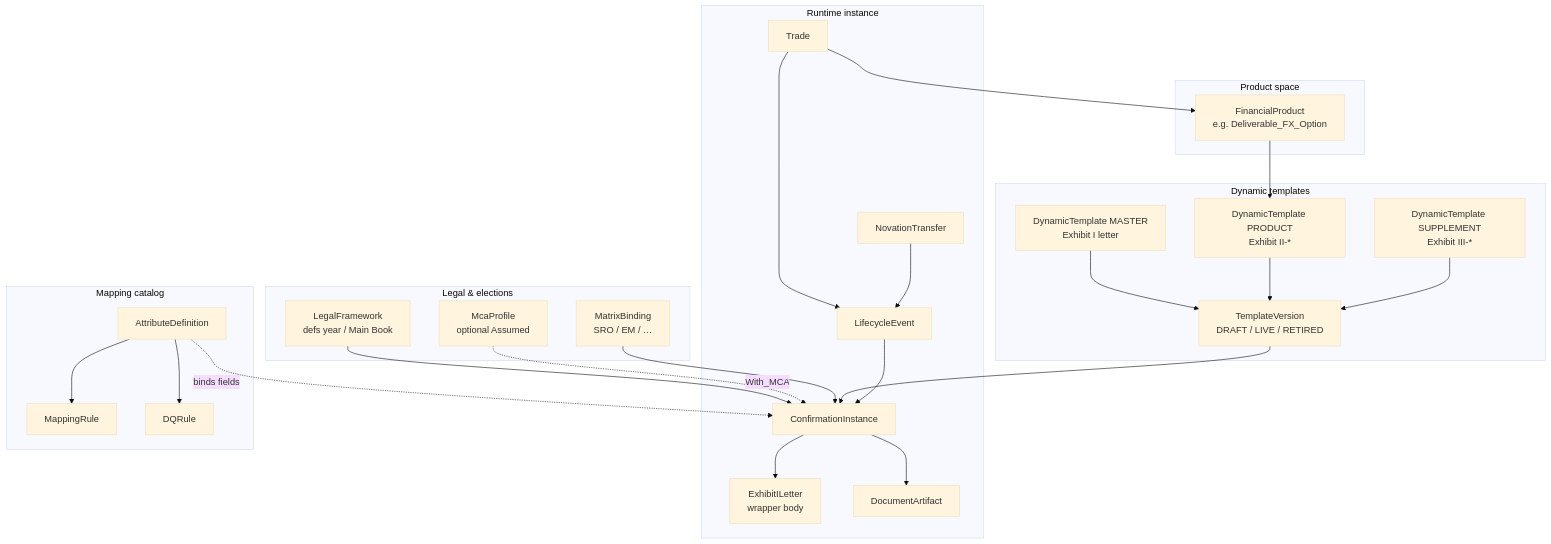
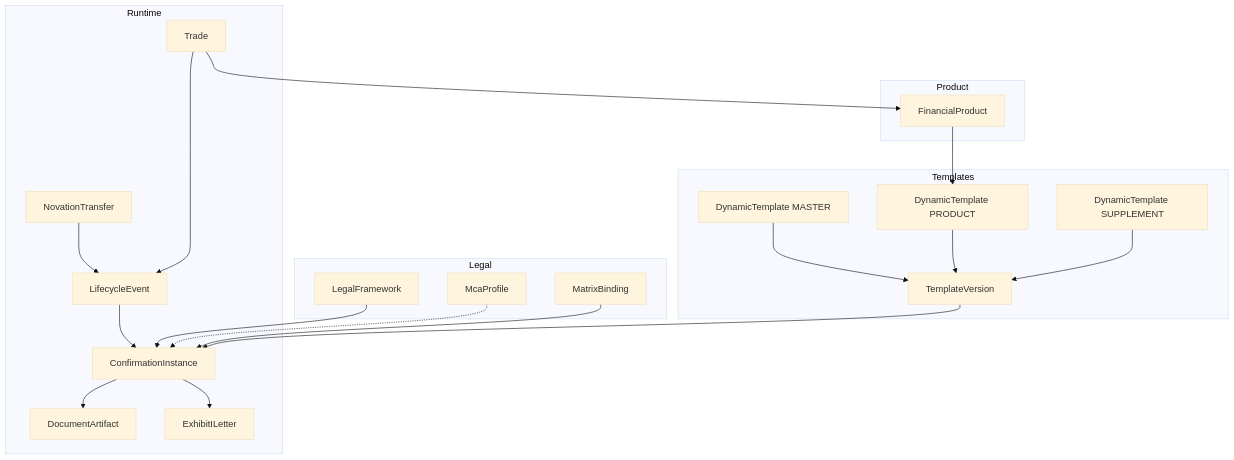
The first of 12 diagrams in docs/prd-cdu-ps-v1.md (dae-nan/con4m8ions), drawn with Mermaid (base theme) before and after one commit. The commit also changed other lines of this file and 3 other files, not shown here.

First line of the commit message:
PRD v1.2: state diagrams, mermaid fix, LDM reconcile (CON-5)

````diff
--- a/docs/prd-cdu-ps-v1.md
+++ b/docs/prd-cdu-ps-v1.md
@@ -58,52 +113,39 @@
 ```mermaid
 flowchart TB
-  subgraph Legal["Legal & elections"]
-    LF[LegalFramework<br/>defs year / Main Book]
-    MCA[McaProfile<br/>optional Assumed]
-    MB[MatrixBinding<br/>SRO / EM / …]
+  subgraph legalBox [Legal]
+    LF[LegalFramework]
+    MCA[McaProfile]
+    MB[MatrixBinding]
   end
-
-  subgraph ProductSpace["Product space"]
-    FP[FinancialProduct<br/>e.g. Deliverable_FX_Option]
+  subgraph productBox [Product]
+    FP[FinancialProduct]
   end
-
-  subgraph Templates["Dynamic templates"]
-    DT_M[DynamicTemplate MASTER<br/>Exhibit I letter]
-    DT_P[DynamicTemplate PRODUCT<br/>Exhibit II-*]
-    DT_S[DynamicTemplate SUPPLEMENT<br/>Exhibit III-*]
-    TV[TemplateVersion<br/>DRAFT / LIVE / RETIRED]
+  subgraph templateBox [Templates]
+    DTM[DynamicTemplate MASTER]
+    DTP[DynamicTemplate PRODUCT]
+    DTS[DynamicTemplate SUPPLEMENT]
+    TV[TemplateVersion]
   end
-
-  subgraph Runtime["Runtime instance"]
+  subgraph runtimeBox [Runtime]
     TR[Trade]
     CI[ConfirmationInstance]
-    EI[ExhibitILetter<br/>wrapper body]
+    EI[ExhibitILetter]
     DA[DocumentArtifact]
     LE[LifecycleEvent]
     NV[NovationTransfer]
   end
-
-  subgraph Catalog["Mapping catalog"]
-    AD[AttributeDefinition]
-    MR[MappingRule]
-    DQ[DQRule]
-  end
-
-  FP --> DT_P
+  FP --> DTP
   LF --> CI
-  MCA -.->|With_MCA| CI
+  MCA -.-> CI
   MB --> CI
-  DT_M --> TV
-  DT_P --> TV
-  DT_S --> TV
+  DTM --> TV
+  DTP --> TV
+  DTS --> TV
   TV --> CI
   TR --> FP
   TR --> LE
   LE --> CI
   CI --> EI
   CI --> DA
   NV --> LE
-  AD --> MR
-  AD --> DQ
-  AD -.->|binds fields| CI
 ```
````
